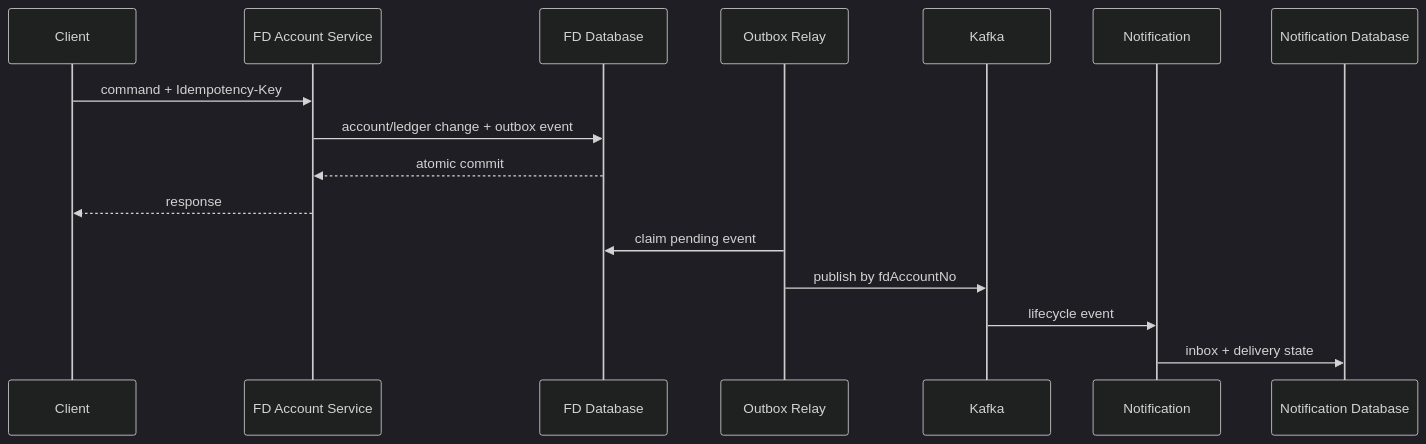
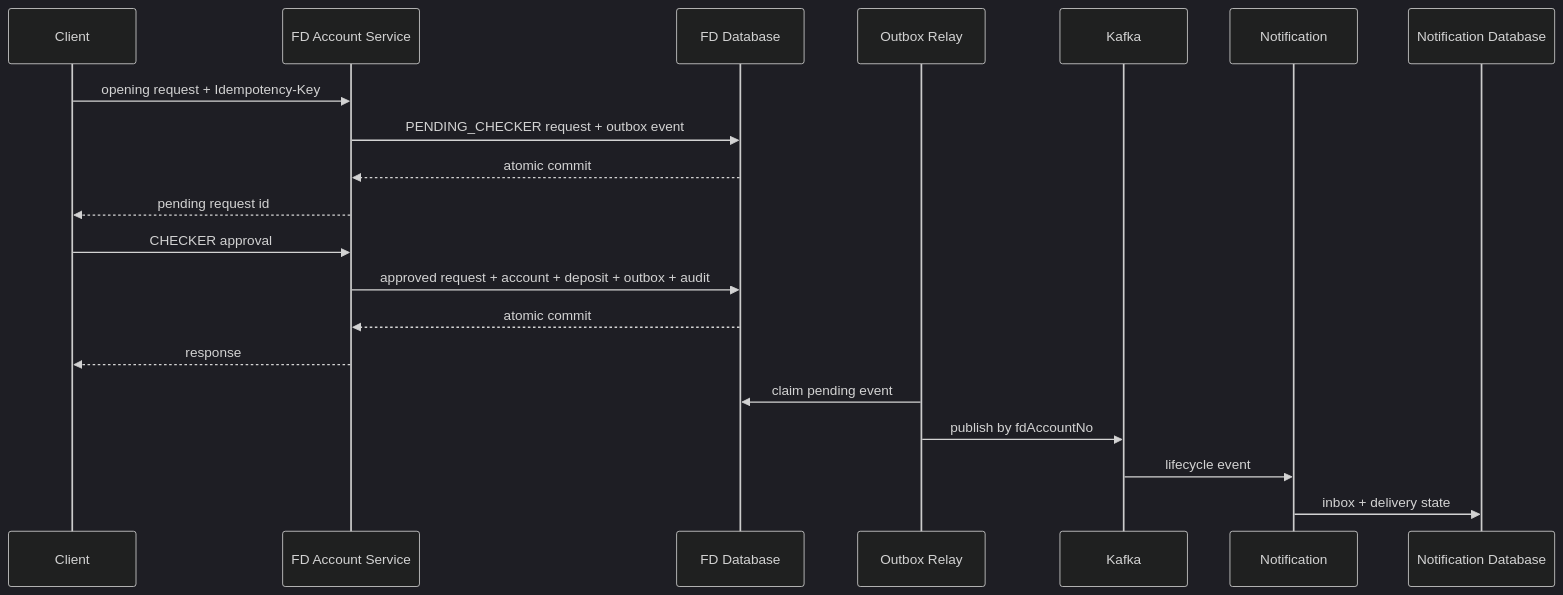
The second of 2 diagrams in fd-microservice/DATABASE_ER_DIAGRAM.md (krishna1211711/fixed-deposit-microservice), drawn with Mermaid (dark theme) before and after one commit. The commit also changed other lines of this file and 77 other files, not shown here.

````diff
--- a/fd-microservice/DATABASE_ER_DIAGRAM.md
+++ b/fd-microservice/DATABASE_ER_DIAGRAM.md
@@ -129,19 +202,23 @@
 ```mermaid
 sequenceDiagram
     participant Client
     participant FD as FD Account Service
     participant DB as FD Database
     participant Relay as Outbox Relay
     participant Kafka
     participant Notification
     participant NDB as Notification Database
 
-    Client->>FD: command + Idempotency-Key
-    FD->>DB: account/ledger change + outbox event
+    Client->>FD: opening request + Idempotency-Key
+    FD->>DB: PENDING_CHECKER request + outbox event
+    DB-->>FD: atomic commit
+    FD-->>Client: pending request id
+    Client->>FD: CHECKER approval
+    FD->>DB: approved request + account + deposit + outbox + audit
     DB-->>FD: atomic commit
     FD-->>Client: response
     Relay->>DB: claim pending event
     Relay->>Kafka: publish by fdAccountNo
     Kafka->>Notification: lifecycle event
     Notification->>NDB: inbox + delivery state
 ```
````
